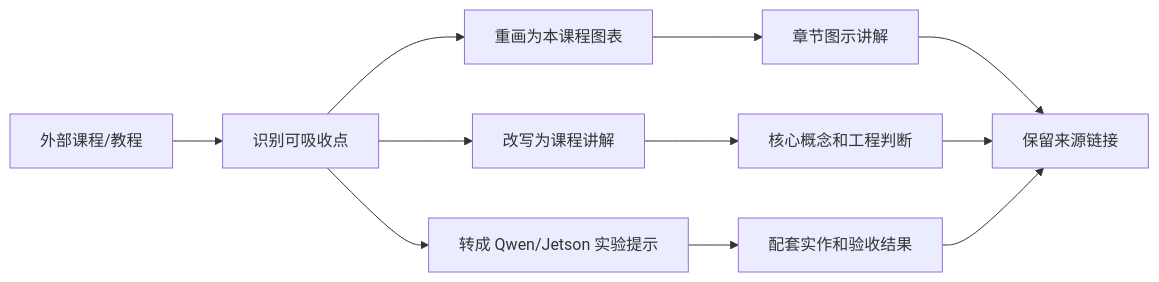
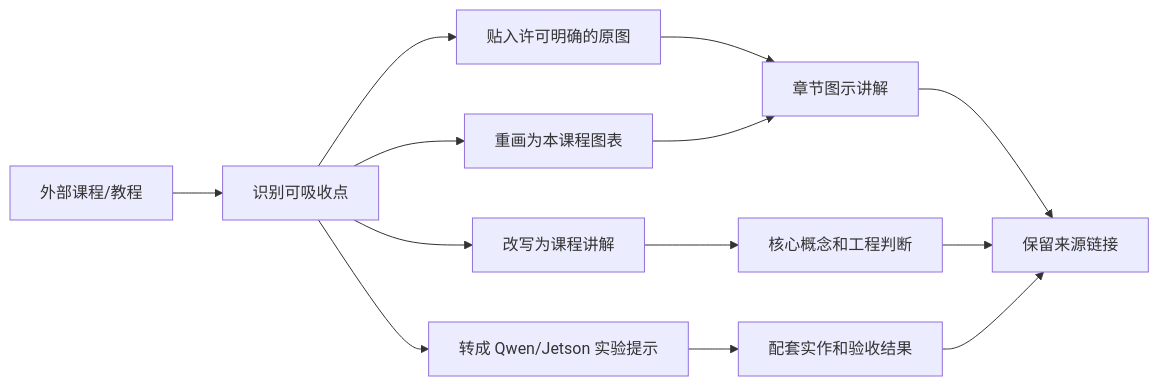
The second of 2 diagrams in docs/similar-courses.md (skyswordw/edge-ai-deployment-course), drawn with Mermaid before and after one commit. The commit also changed other lines of this file and 44 other files, not shown here.

````diff
--- a/docs/similar-courses.md
+++ b/docs/similar-courses.md
@@ -82,13 +115,15 @@
 ```mermaid
 flowchart LR
   A["外部课程/教程"] --> B["识别可吸收点"]
-  B --> C["重画为本课程图表"]
-  B --> D["改写为课程讲解"]
+  B --> C["贴入许可明确的原图"]
+  B --> D["重画为本课程图表"]
+  B --> J["改写为课程讲解"]
   B --> E["转成 Qwen/Jetson 实验提示"]
   C --> F["章节图示讲解"]
-  D --> G["核心概念和工程判断"]
+  D --> F
+  J --> G["核心概念和工程判断"]
   E --> H["配套实作和验收结果"]
   F --> I["保留来源链接"]
   G --> I
   H --> I
 ```
````
